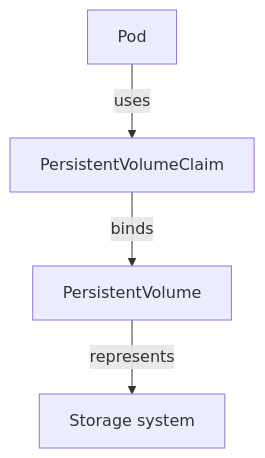
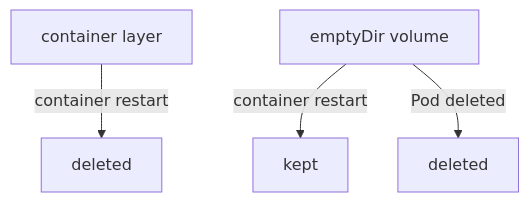
The diagram in sections/section-040/module-01/course-01-container-filesystem-and-ephemeral-volumes.md (astrona-io/ATS038), drawn with Mermaid before and after one commit. The commit also changed other lines of this file and 245 other files, not shown here.

````diff
--- a/sections/section-040/module-01/course-01-container-filesystem-and-ephemeral-volumes.md
+++ b/sections/section-040/module-01/course-01-container-filesystem-and-ephemeral-volumes.md
@@ -14,6 +37,6 @@
 ```mermaid
 flowchart TB
-    P["Pod"] -->|"uses"| C["PersistentVolumeClaim"]
-    C -->|"binds"| V["PersistentVolume"]
-    V -->|"represents"| S["Storage system"]
+    L["container layer"] -->|"container restart"| X1["deleted"]
+    E["emptyDir volume"] -->|"container restart"| K["kept"]
+    E -->|"Pod deleted"| X2["deleted"]
 ```
````
